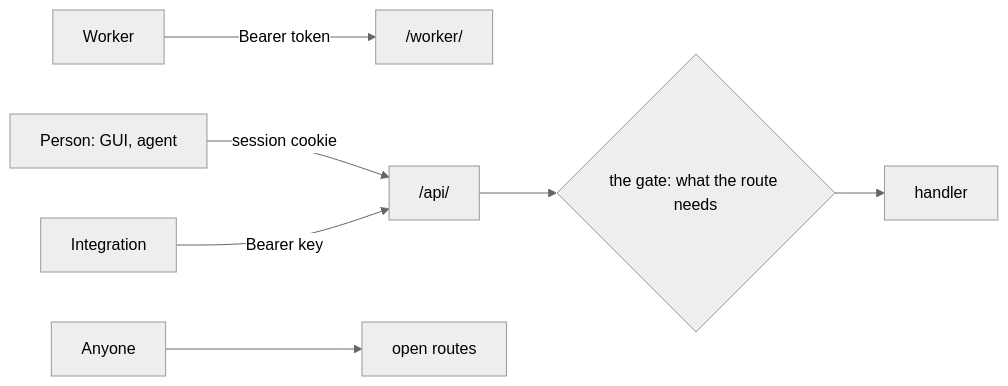
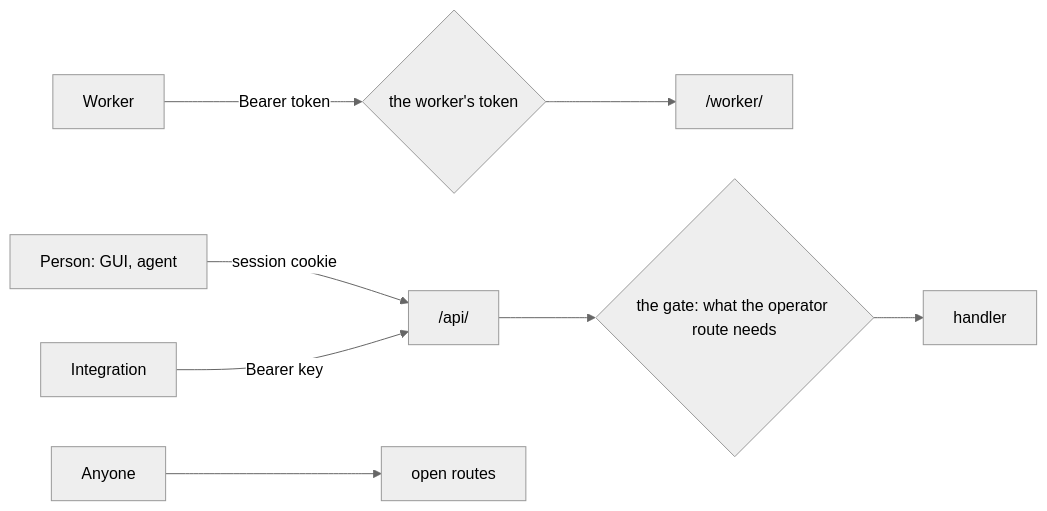
Before and after one commit to smeltr-sh/smeltr: the diagram in docs/architecture/api.md, drawn with Mermaid (neutral theme). The commit also changed other lines of this file and 1 other file, not shown here.

First line of the commit message:
Docs: the envelope and the bytes exceptions say which family; status names what the contract is ahead of

````diff
--- a/docs/architecture/api.md
+++ b/docs/architecture/api.md
@@ -12,9 +12,9 @@
 ```mermaid
 flowchart LR
-  worker[Worker] -- Bearer token --> w["/worker/"]
+  worker[Worker] -- Bearer token --> wgate{the worker's token} --> w["/worker/"]
   person[Person: GUI, agent] -- session cookie --> o["/api/"]
   integration[Integration] -- Bearer key --> o
   anyone[Anyone] --> open["open routes"]
-  o --> gate{the gate: what the route needs}
+  o --> gate{the gate: what the operator route needs}
   gate --> handler[handler]
 ```
````
